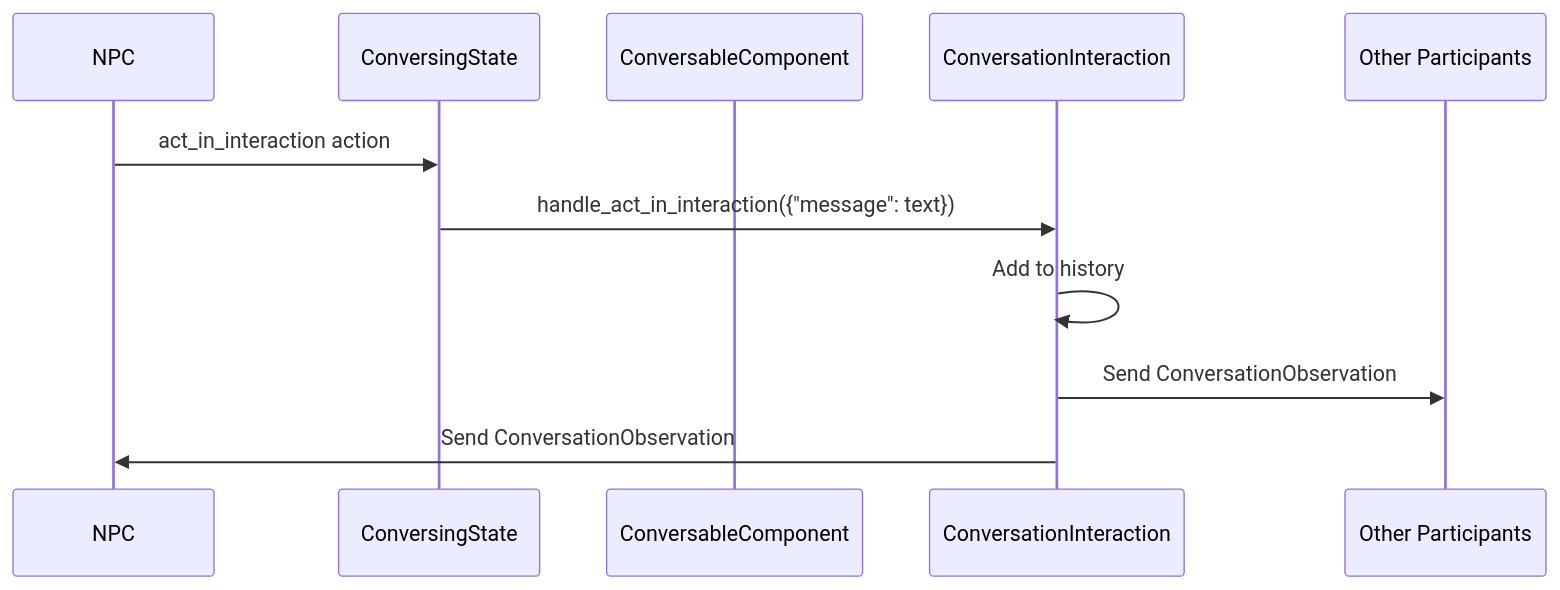
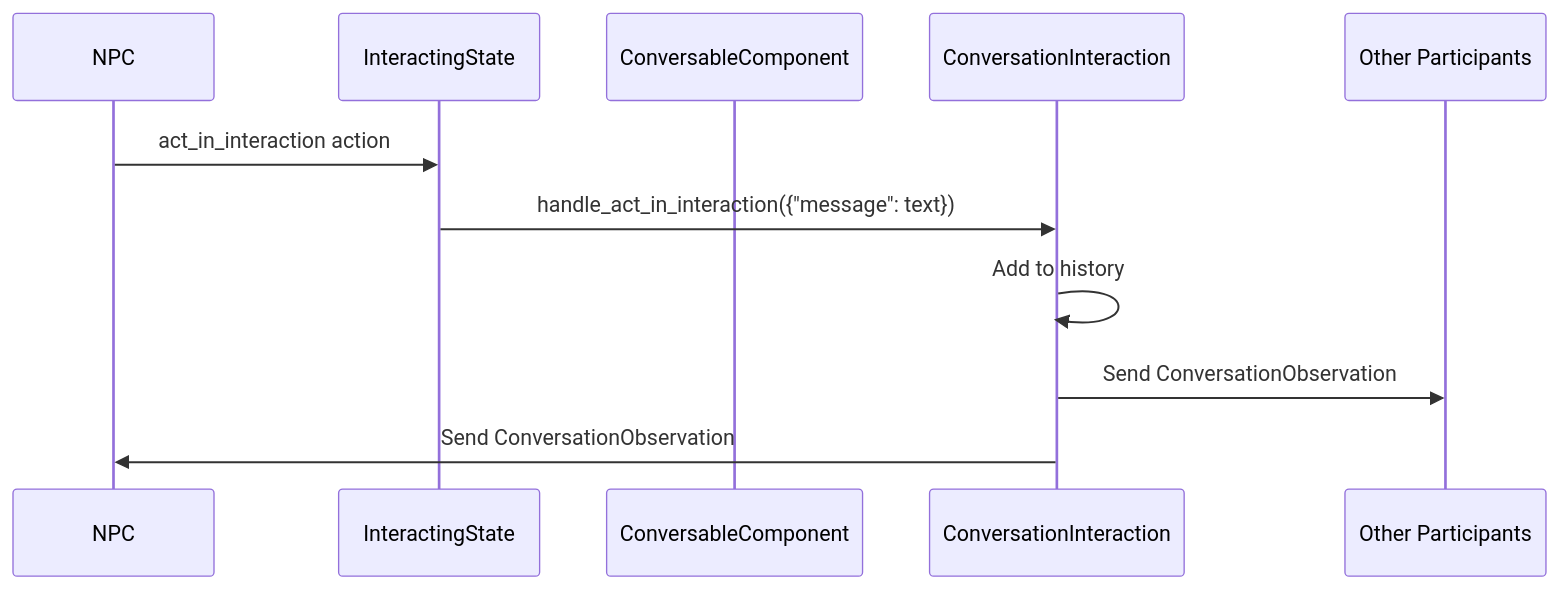
One commit to taylor1355/npc-simulation changed the second of 2 diagrams in docs/conversation.md. Above: the diagram before and after it, drawn with Mermaid. The commit also changed other lines of this file and 43 other files, not shown here.

````diff
--- a/docs/conversation.md
+++ b/docs/conversation.md
@@ -123,14 +123,14 @@
 ```mermaid
 sequenceDiagram
     participant NPC
-    participant State as ConversingState
+    participant State as InteractingState
     participant ConvComp as ConversableComponent
     participant Interaction as ConversationInteraction
     participant Others as Other Participants
 
     NPC->>State: act_in_interaction action
     State->>Interaction: handle_act_in_interaction({"message": text})
     Interaction->>Interaction: Add to history
     Interaction->>Others: Send ConversationObservation
     Interaction->>NPC: Send ConversationObservation
 ```
````
